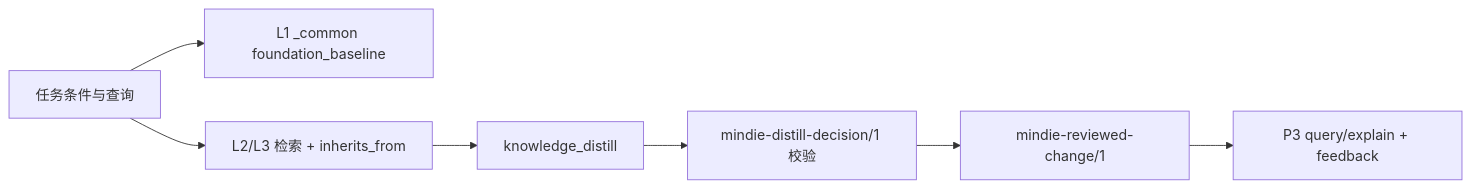
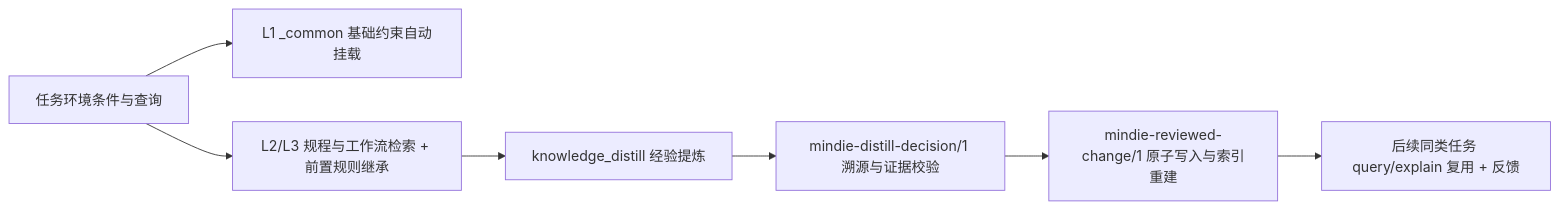
The diagram in docs/knowledge-system.md (grandolantow/mindie-agent), drawn with Mermaid before and after one commit. The commit also changed other lines of this file and 17 other files, not shown here.

Commit message:
docs(rsi): integrate AMD-AGI/GEAK and Apple ml-rsi-inference-bench RSI safeguards and architecture alignment

````diff
--- a/docs/knowledge-system.md
+++ b/docs/knowledge-system.md
@@ -90,9 +71,9 @@
 ```mermaid
 flowchart LR
-    Q["任务条件与查询"] --> F["L1 _common foundation_baseline"]
-    Q --> R["L2/L3 检索 + inherits_from"]
-    R --> H["knowledge_distill"]
-    H --> V["mindie-distill-decision/1 校验"]
-    V --> C["mindie-reviewed-change/1"]
-    C --> P3["P3 query/explain + feedback"]
+    Q["任务环境条件与查询"] --> F["L1 _common 基础约束自动挂载"]
+    Q --> R["L2/L3 规程与工作流检索 + 前置规则继承"]
+    R --> H["knowledge_distill 经验提炼"]
+    H --> V["mindie-distill-decision/1 溯源与证据校验"]
+    V --> C["mindie-reviewed-change/1 原子写入与索引重建"]
+    C --> P3["后续同类任务 query/explain 复用 + 反馈"]
 ```
````
